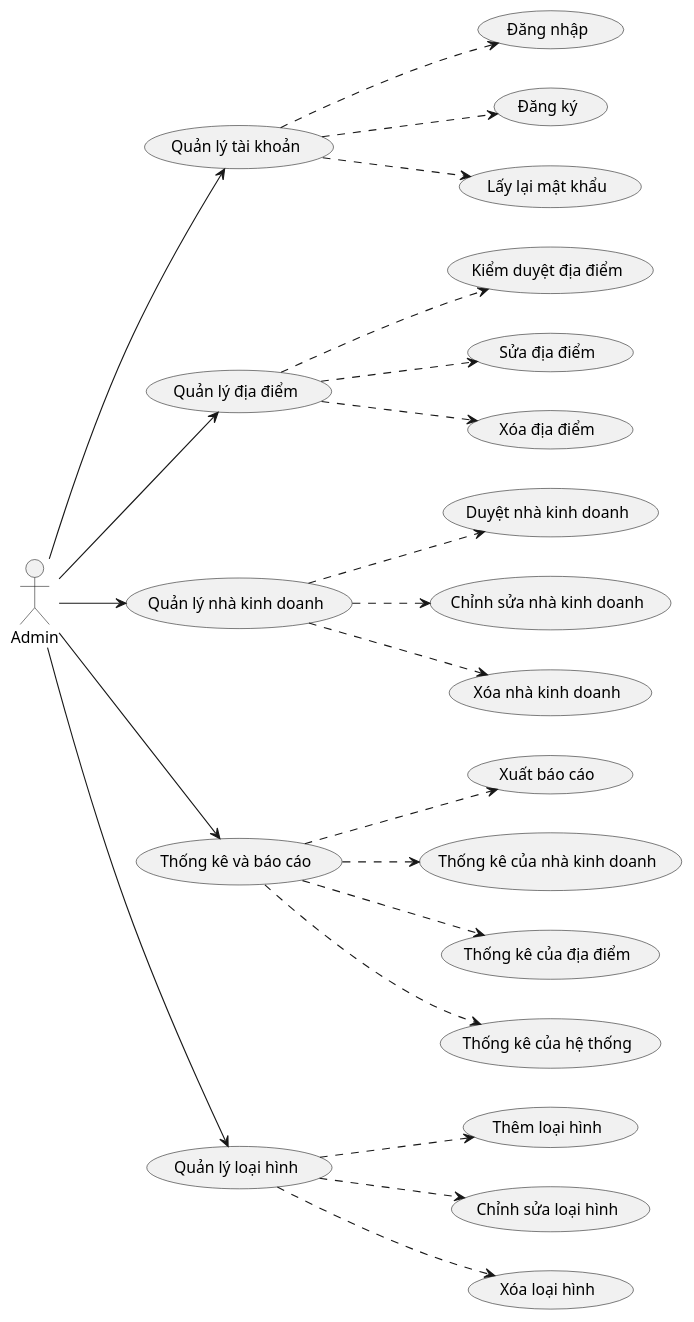
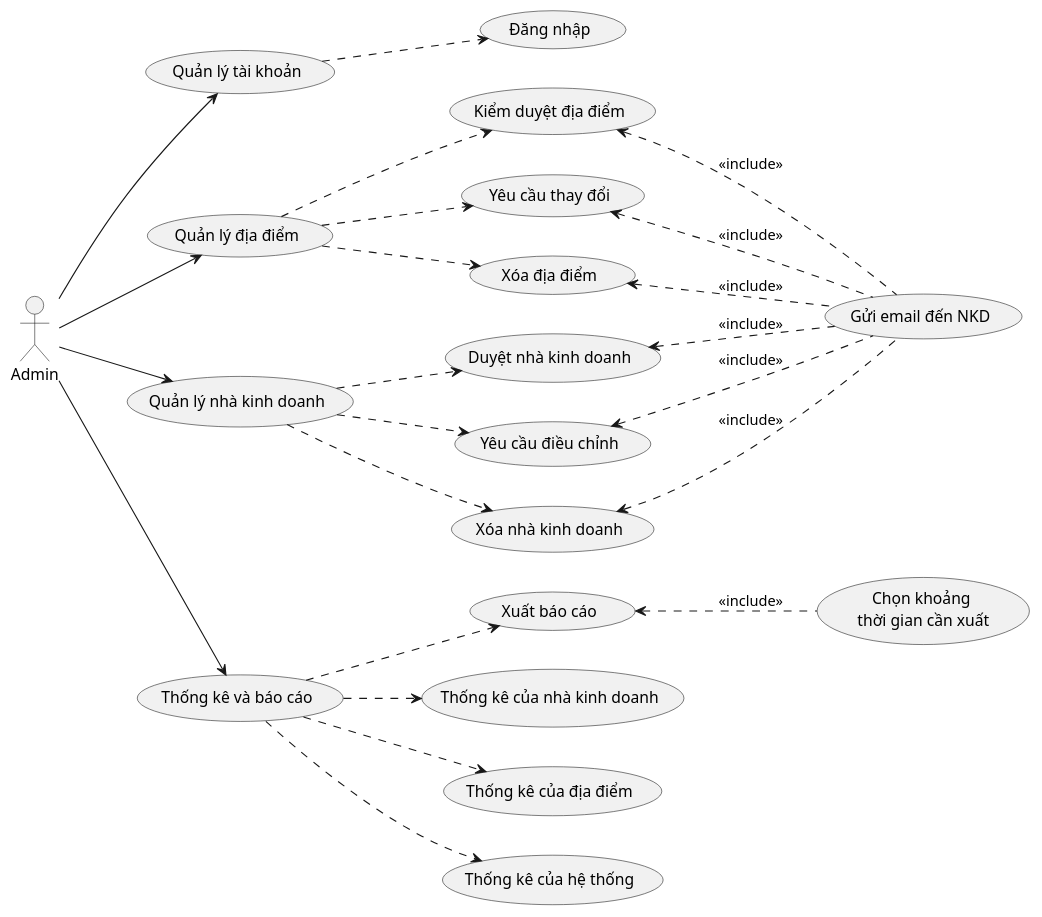
One commit to timothyagile/diagram-by-plantuml changed the diagram in admin-diagram.plantuml. Above: the diagram before and after it, drawn with PlantUML. The commit also changed 14 other files, not shown here.

```diff
--- a/admin-diagram.plantuml
+++ b/admin-diagram.plantuml
@@ -1,36 +1,35 @@
 @startuml 
 actor Admin
 left to right direction
 (Quản lý tài khoản) as QLTK
 (Quản lý địa điểm) as QLDD
 (Quản lý nhà kinh doanh) as QLNKD
 (Thống kê và báo cáo) as TKBC
-(Quản lý loại hình) as QLLH
 
 Admin -->  QLTK
 QLTK ..> (Đăng nhập)
-QLTK ..> (Đăng ký)
-QLTK ..> (Lấy lại mật khẩu)
 
 Admin --> QLDD
 QLDD ..> (Kiểm duyệt địa điểm)
-QLDD ..> (Sửa địa điểm)
+(Kiểm duyệt địa điểm) <.. (Gửi email đến NKD): <<include>>
+QLDD ..> (Yêu cầu thay đổi)
+(Yêu cầu thay đổi) <.. (Gửi email đến NKD): <<include>>
 QLDD ..> (Xóa địa điểm)
+(Xóa địa điểm) <.. (Gửi email đến NKD): <<include>>
 
 Admin --> TKBC
 TKBC ..> (Xuất báo cáo)
+(Xuất báo cáo) <.. (Chọn khoảng \nthời gian cần xuất) : <<include>>
 TKBC ..> (Thống kê của nhà kinh doanh)
 TKBC ..> (Thống kê của địa điểm)
 TKBC ..> (Thống kê của hệ thống)
 
 Admin --> QLNKD
 QLNKD ..> (Duyệt nhà kinh doanh)
-QLNKD ..> (Chỉnh sửa nhà kinh doanh)
+(Duyệt nhà kinh doanh) <.. (Gửi email đến NKD): <<include>>
+QLNKD ..> (Yêu cầu điều chỉnh)
+(Yêu cầu điều chỉnh) <.. (Gửi email đến NKD): <<include>>
 QLNKD ..> (Xóa nhà kinh doanh)
-
-Admin-->QLLH
-QLLH ..> (Thêm loại hình)
-QLLH ..> (Chỉnh sửa loại hình)
-QLLH ..> (Xóa loại hình)
+(Xóa nhà kinh doanh) <.. (Gửi email đến NKD): <<include>>
 
 @enduml
```
